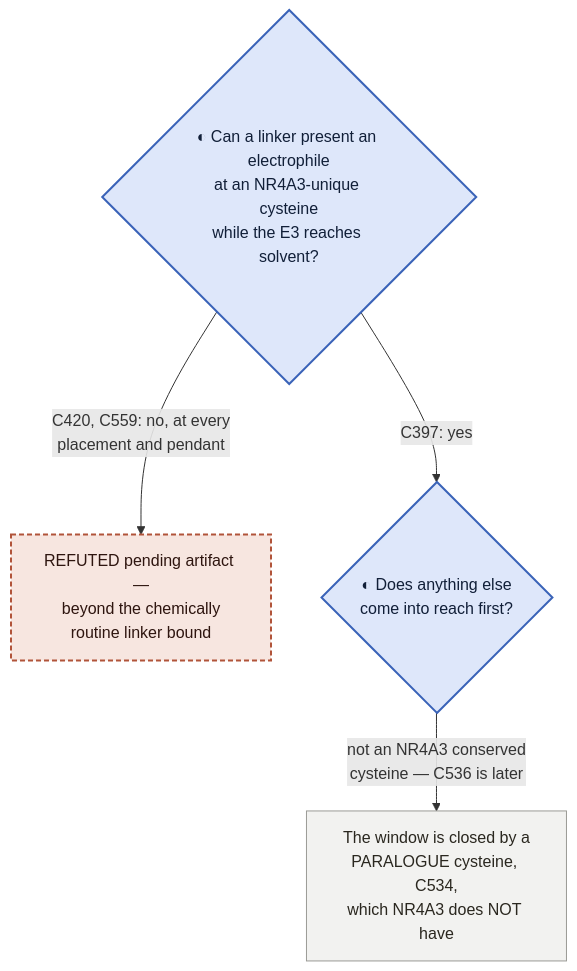
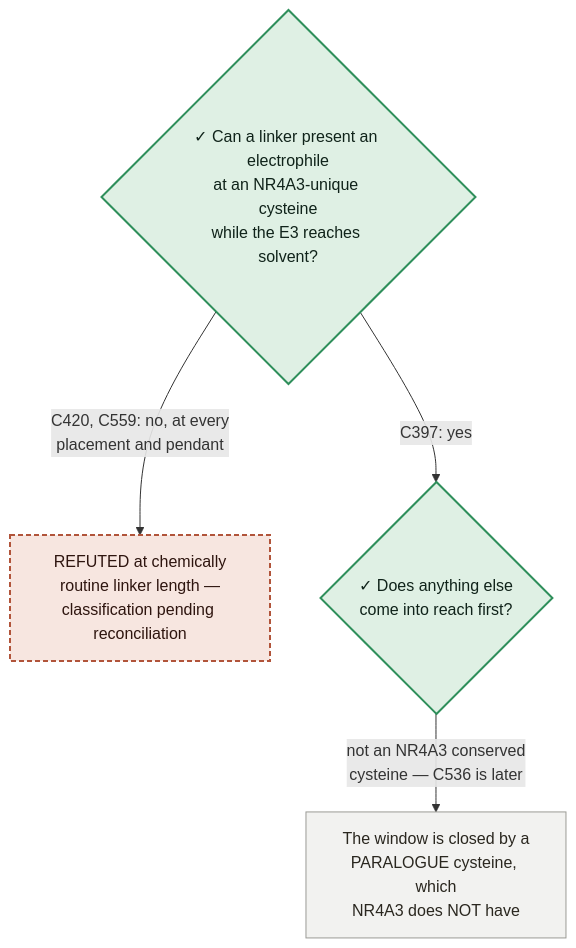
Before and after one commit to trimcrae/Rare-cancers: the third of 3 diagrams in research/manuscripts/nr4a3-program-map.md, drawn with Mermaid. The commit also changed other lines of this file and 2 other files, not shown here.

First line of the commit message:
roadmap: merge STRATEGY.md into the program map as one steerable document

````diff
--- a/research/manuscripts/nr4a3-program-map.md
+++ b/research/manuscripts/nr4a3-program-map.md
@@ -584,15 +928,15 @@
 ```mermaid
 graph TD
-  L{"◐ Can a linker present an electrophile<br/>at an NR4A3-unique cysteine<br/>while the E3 reaches solvent?"}
-  L -->|"C420, C559: no, at every<br/>placement and pendant"| DEAD["REFUTED pending artifact —<br/>beyond the chemically<br/>routine linker bound"]
-  L -->|"C397: yes"| WIN{"◐ Does anything else<br/>come into reach first?"}
-  WIN -->|"not an NR4A3 conserved<br/>cysteine — C536 is later"| PAR["The window is closed by a<br/>PARALOGUE cysteine, C534,<br/>which NR4A3 does NOT have"]
+  L{"✓ Can a linker present an electrophile<br/>at an NR4A3-unique cysteine<br/>while the E3 reaches solvent?"}
+  L -->|"C420, C559: no, at every<br/>placement and pendant"| DEAD["REFUTED at chemically<br/>routine linker length —<br/>classification pending reconciliation"]
+  L -->|"C397: yes"| WIN{"✓ Does anything else<br/>come into reach first?"}
+  WIN -->|"not an NR4A3 conserved<br/>cysteine — C536 is later"| PAR["The window is closed by a<br/>PARALOGUE cysteine, which<br/>NR4A3 does NOT have"]
 
-  classDef work fill:#dee7fa,stroke:#3a63b8,stroke-width:2px,color:#111f38;
+  classDef done fill:#dff0e4,stroke:#2f8f5b,stroke-width:2px,color:#10231a;
   classDef dead fill:#f7e6e0,stroke:#b1543a,stroke-width:2px,color:#2e150f,stroke-dasharray:5 3;
   classDef out fill:#f2f2f0,stroke:#9b9b96,stroke-width:1px,color:#2a271f;
 
-  class L,WIN work;
+  class L,WIN done;
   class DEAD dead;
   class PAR out;
 ```
````
